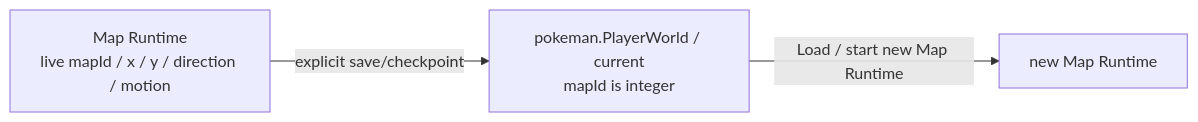
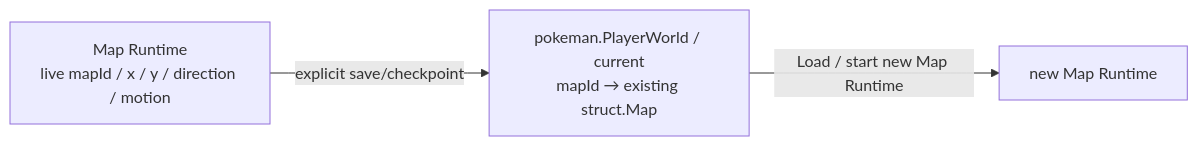
The tenth of 11 diagrams in examples/PokeMan/doc/65-data-model-diagram.md (lithdoo/loom-realm), drawn with Mermaid before and after one commit. The commit also changed other lines of this file, not shown here.

Commit message:
docs(PokeMan): sync data model diagram

````diff
--- a/examples/PokeMan/doc/65-data-model-diagram.md
+++ b/examples/PokeMan/doc/65-data-model-diagram.md
@@ -267,5 +289,5 @@
 ```mermaid
 flowchart LR
-  MapRuntime["Map Runtime\nlive mapId / x / y / direction / motion"] -->|explicit save/checkpoint| Resume["pokeman.PlayerWorld / current\nmapId is integer"]
+  MapRuntime["Map Runtime\nlive mapId / x / y / direction / motion"] -->|explicit save/checkpoint| Resume["pokeman.PlayerWorld / current\nmapId → existing struct.Map"]
   Resume -->|Load / start new Map Runtime| MapRuntime2["new Map Runtime"]
 ```
````
